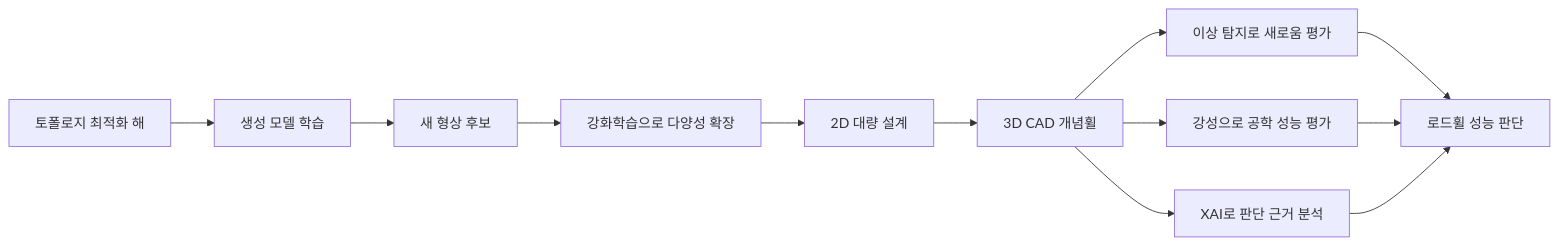
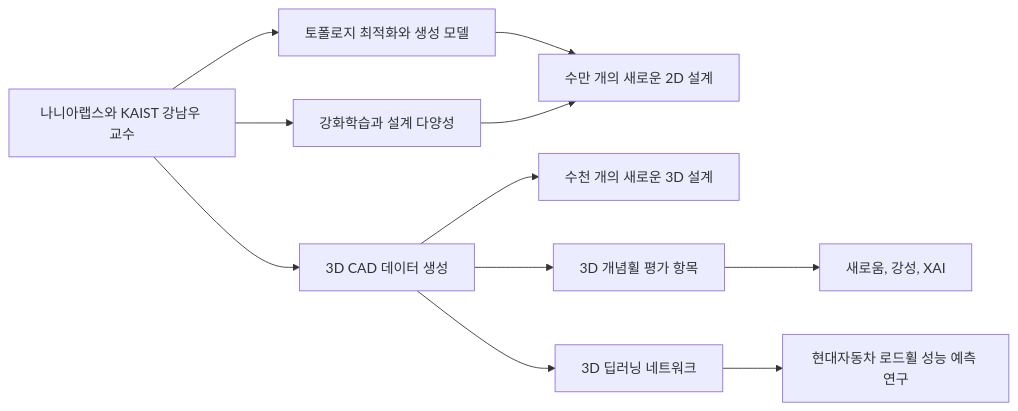
One commit to umyunsang/edu changed the diagram in ComputerScience/03_ai-ml-data/generative-ai-fine-tuning/notes/62. 제조 생성 설계와 성능 평가.md. Above: the diagram before and after it, drawn with Mermaid. The commit also changed other lines of this file and 1 other file, not shown here.

Commit message:
Auto-save: Updated ComputerScience/03_ai-ml-data/generative-ai-fine-tuning/notes/62. 제조 생성 설계와 성능 평가.md, ComputerScience/03_ai-ml-data/generative-ai-fine-tuning/notes/72. 강화학습과 생성 설계의 기초.md

````diff
--- a/ComputerScience/03_ai-ml-data/generative-ai-fine-tuning/notes/62. 제조 생성 설계와 성능 평가.md
+++ b/ComputerScience/03_ai-ml-data/generative-ai-fine-tuning/notes/62. 제조 생성 설계와 성능 평가.md
@@ -26,14 +26,13 @@
 ```mermaid
 flowchart LR
-    A["토폴로지 최적화 해"] --> B["생성 모델 학습"]
-    B --> C["새 형상 후보"]
-    C --> D["강화학습으로 다양성 확장"]
-    D --> E["2D 대량 설계"]
-    E --> F["3D CAD 개념휠"]
-    F --> G["이상 탐지로 새로움 평가"]
-    F --> H["강성으로 공학 성능 평가"]
-    F --> I["XAI로 판단 근거 분석"]
-    G --> J["로드휠 성능 판단"]
-    H --> J
-    I --> J
+    A["나니아랩스와 KAIST 강남우 교수"] --> B["토폴로지 최적화와 생성 모델"]
+    A --> C["강화학습과 설계 다양성"]
+    B --> D["수만 개의 새로운 2D 설계"]
+    C --> D
+    A --> E["3D CAD 데이터 생성"]
+    E --> F["수천 개의 새로운 3D 설계"]
+    E --> G["3D 개념휠 평가 항목"]
+    G --> H["새로움, 강성, XAI"]
+    E --> I["3D 딥러닝 네트워크"]
+    I --> J["현대자동차 로드휠 성능 예측 연구"]
 ```
````
